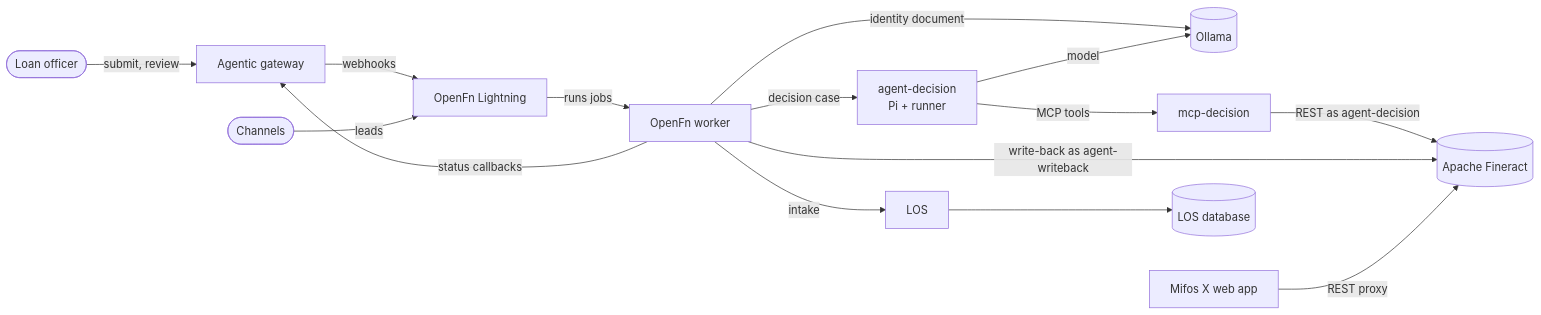
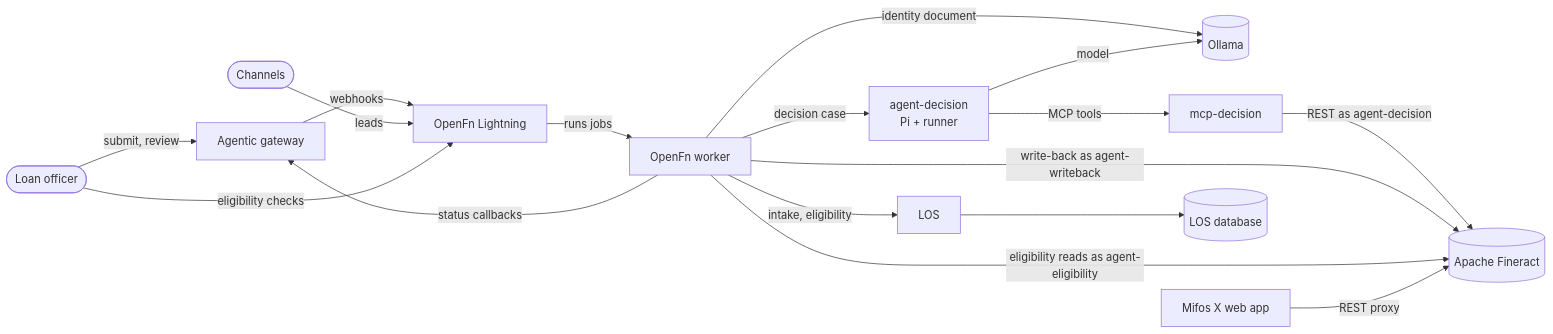
Before and after one commit to openMF/mcp-mifosx: the first of 2 diagrams in agentic-mifos-sandbox/README.md, drawn with Mermaid. The commit also changed other lines of this file and 12 other files, not shown here.

````diff
--- a/agentic-mifos-sandbox/README.md
+++ b/agentic-mifos-sandbox/README.md
@@ -62,17 +62,19 @@
 ```mermaid
 flowchart LR
   officer([Loan officer]) -->|submit, review| gateway[Agentic gateway]
   gateway -->|webhooks| lightning[OpenFn Lightning]
   lightning -->|runs jobs| worker[OpenFn worker]
   worker -->|status callbacks| gateway
   worker -->|identity document| ollama[(Ollama)]
   worker -->|decision case| agent[agent-decision<br/>Pi + runner]
   agent -->|MCP tools| mcp[mcp-decision]
   agent -->|model| ollama
   mcp -->|REST as agent-decision| fineract[(Apache Fineract)]
   worker -->|write-back as agent-writeback| fineract
+  worker -->|eligibility reads as agent-eligibility| fineract
   webapp[Mifos X web app] -->|REST proxy| fineract
   channel([Channels]) -->|leads| lightning
-  worker -->|intake| los[LOS]
+  officer -->|eligibility checks| lightning
+  worker -->|intake, eligibility| los[LOS]
   los --> losdb[(LOS database)]
 ```
````
